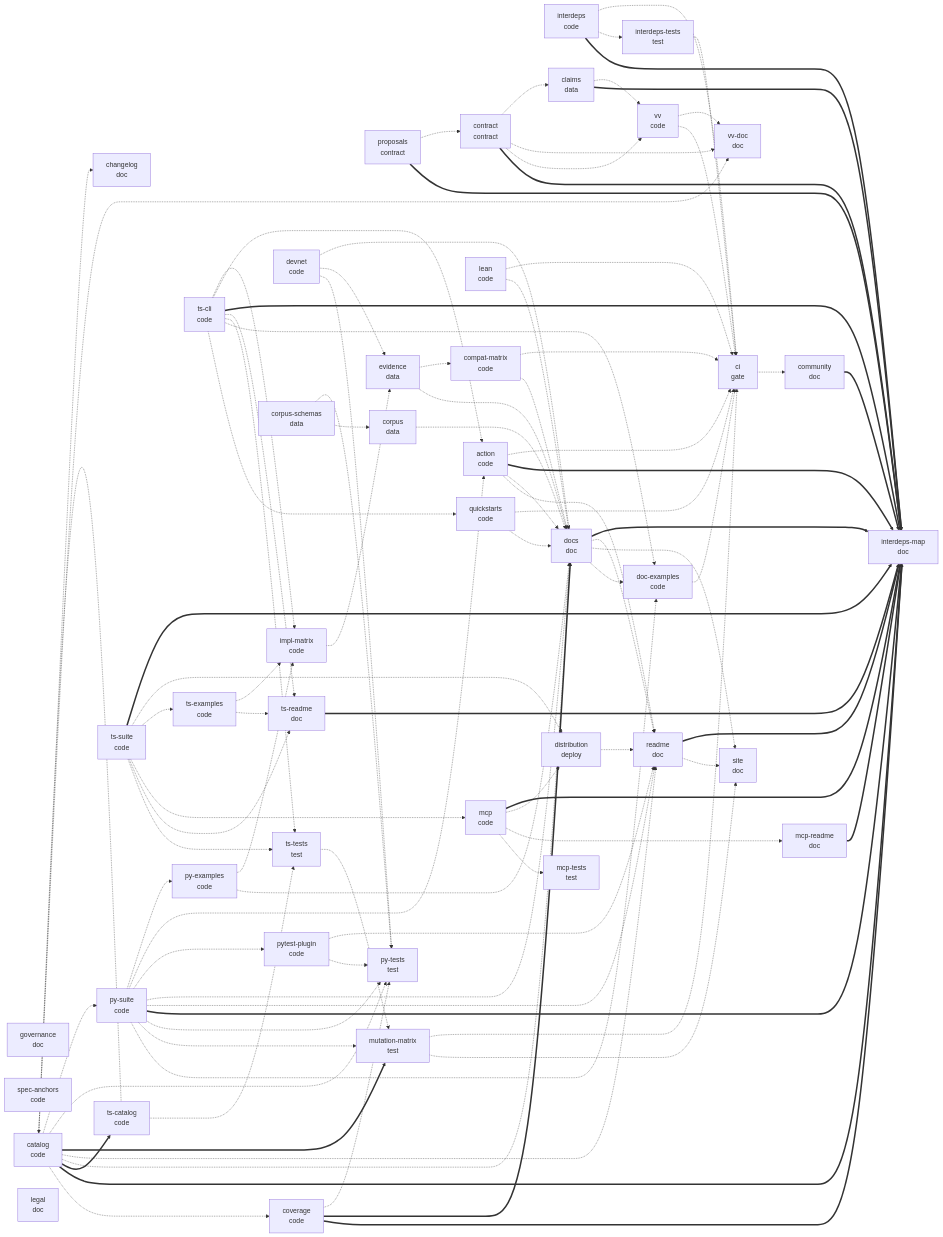
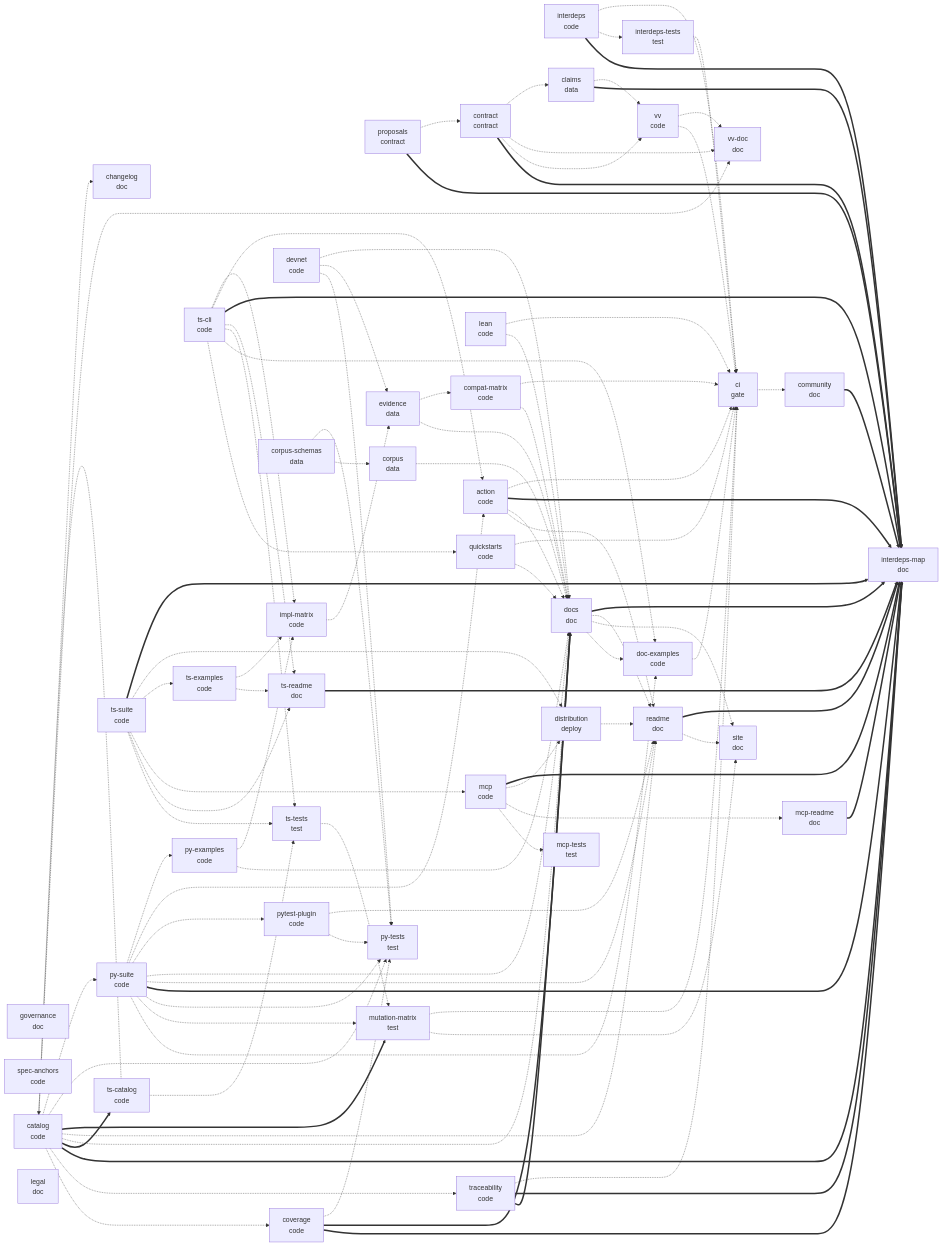
One commit to atsp-protocol/x402-conformance changed the second of 2 diagrams in docs/INTERDEPENDENCY.md. Above: the diagram before and after it, drawn with Mermaid. The commit also changed other lines of this file and 9 other files, not shown here.

```diff
--- a/docs/INTERDEPENDENCY.md
+++ b/docs/INTERDEPENDENCY.md
@@ -586,6 +586,7 @@
   interdeps_map["interdeps-map<br/>doc"]
   interdeps_tests["interdeps-tests<br/>test"]
   coverage["coverage<br/>code"]
+  traceability["traceability<br/>code"]
   contract["contract<br/>contract"]
   proposals["proposals<br/>contract"]
   claims["claims<br/>data"]
@@ -632,6 +633,10 @@
   coverage ==> docs
   coverage -.-> py_tests
   catalog -.-> coverage
+  catalog -.-> traceability
+  traceability ==> docs
+  traceability ==> interdeps_map
+  traceability -.-> ci
   contract ==> interdeps_map
   contract -.-> vv
   contract -.-> vv_doc
```
